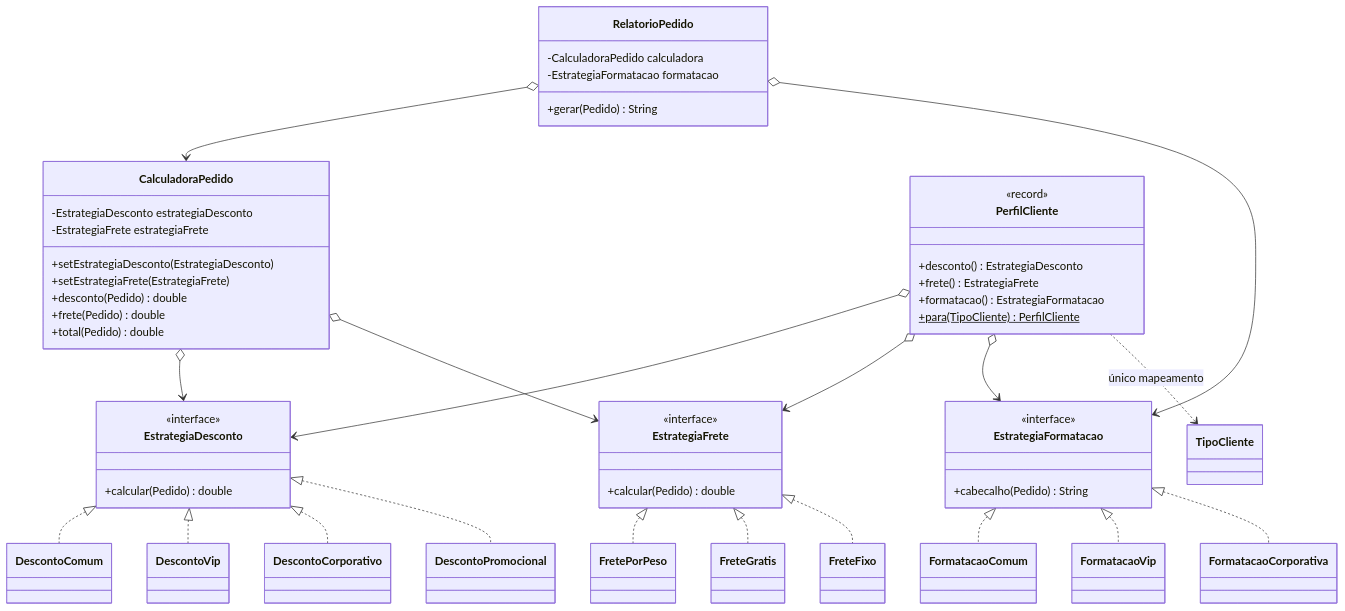
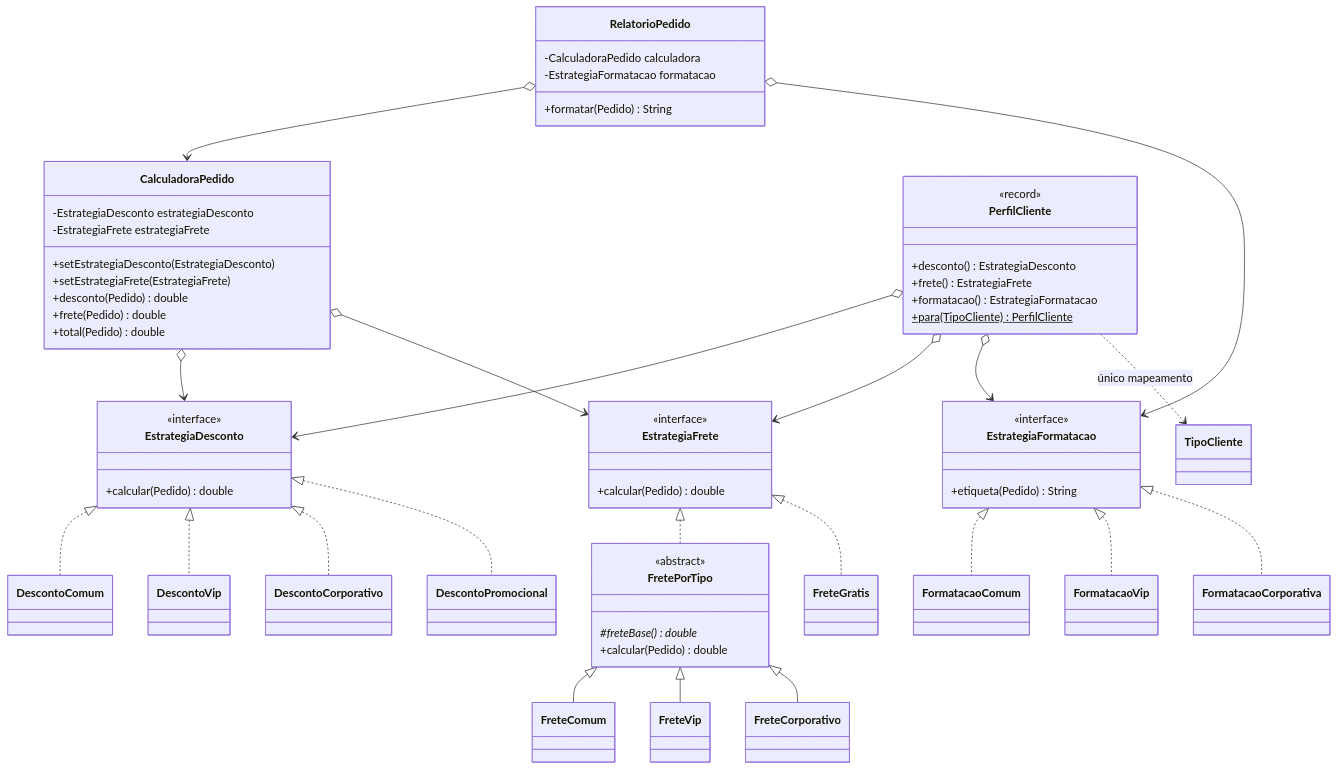
One commit to GabrielMacielZavarize/exercicio_strategy changed the second of 2 diagrams in README.md. Above: the diagram before and after it, drawn with Mermaid. The commit also changed other lines of this file and 29 other files, not shown here.

````diff
--- a/README.md
+++ b/README.md
@@ -126,56 +132,63 @@
 ```mermaid
 classDiagram
     direction TB
     class EstrategiaDesconto {
         <<interface>>
         +calcular(Pedido) double
     }
     class EstrategiaFrete {
         <<interface>>
         +calcular(Pedido) double
     }
     class EstrategiaFormatacao {
         <<interface>>
-        +cabecalho(Pedido) String
+        +etiqueta(Pedido) String
+    }
+    class FretePorTipo {
+        <<abstract>>
+        #freteBase()* double
+        +calcular(Pedido) double
     }
     EstrategiaDesconto <|.. DescontoComum
     EstrategiaDesconto <|.. DescontoVip
     EstrategiaDesconto <|.. DescontoCorporativo
     EstrategiaDesconto <|.. DescontoPromocional
-    EstrategiaFrete <|.. FretePorPeso
+    EstrategiaFrete <|.. FretePorTipo
     EstrategiaFrete <|.. FreteGratis
-    EstrategiaFrete <|.. FreteFixo
+    FretePorTipo <|-- FreteComum
+    FretePorTipo <|-- FreteVip
+    FretePorTipo <|-- FreteCorporativo
     EstrategiaFormatacao <|.. FormatacaoComum
     EstrategiaFormatacao <|.. FormatacaoVip
     EstrategiaFormatacao <|.. FormatacaoCorporativa
 
     class CalculadoraPedido {
         -EstrategiaDesconto estrategiaDesconto
         -EstrategiaFrete estrategiaFrete
         +setEstrategiaDesconto(EstrategiaDesconto)
         +setEstrategiaFrete(EstrategiaFrete)
         +desconto(Pedido) double
         +frete(Pedido) double
         +total(Pedido) double
     }
     class RelatorioPedido {
         -CalculadoraPedido calculadora
         -EstrategiaFormatacao formatacao
-        +gerar(Pedido) String
+        +formatar(Pedido) String
     }
     class PerfilCliente {
         <<record>>
         +desconto() EstrategiaDesconto
         +frete() EstrategiaFrete
         +formatacao() EstrategiaFormatacao
         +para(TipoCliente) PerfilCliente$
     }
     CalculadoraPedido o--> EstrategiaDesconto
     CalculadoraPedido o--> EstrategiaFrete
     RelatorioPedido o--> CalculadoraPedido
     RelatorioPedido o--> EstrategiaFormatacao
     PerfilCliente o--> EstrategiaDesconto
     PerfilCliente o--> EstrategiaFrete
     PerfilCliente o--> EstrategiaFormatacao
     PerfilCliente ..> TipoCliente : único mapeamento
 ```
````
